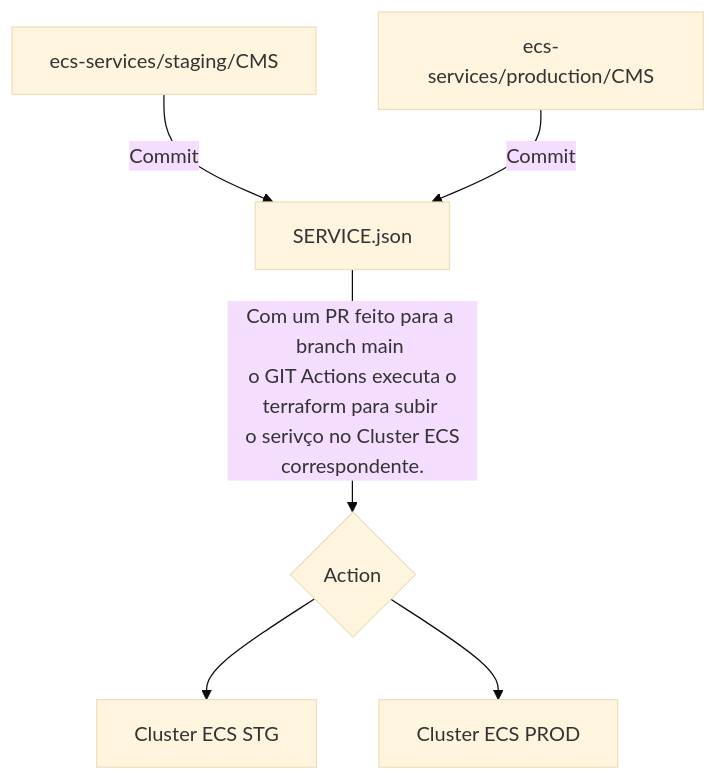
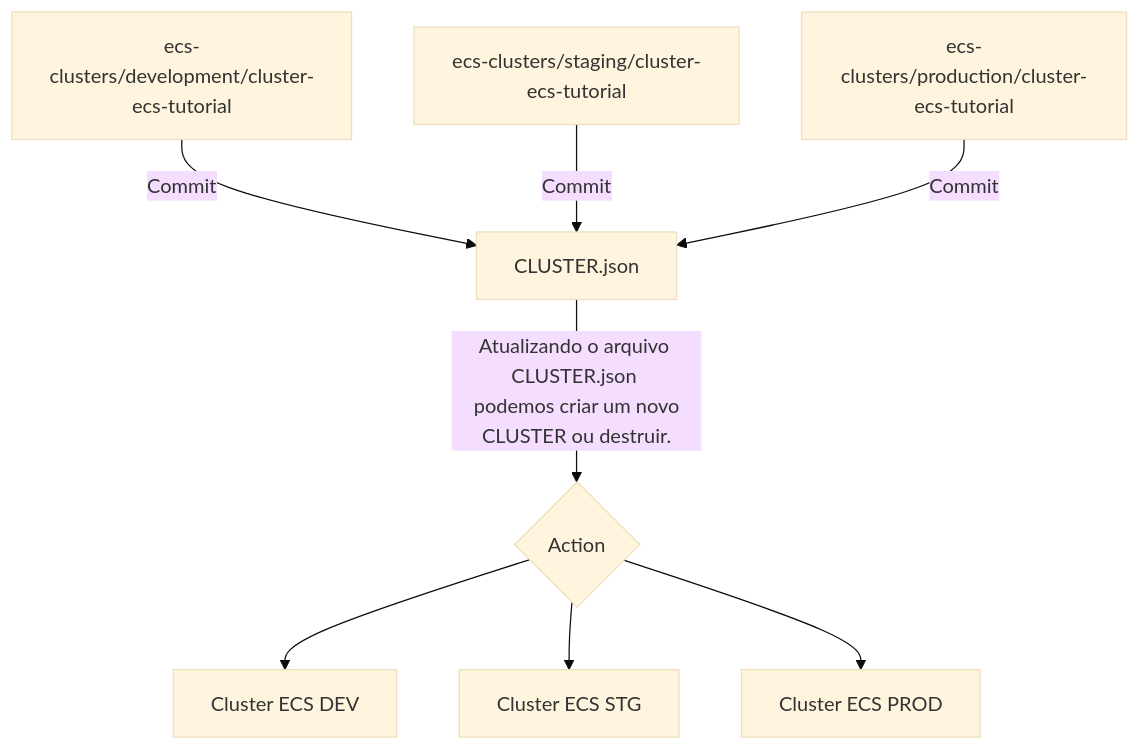
Before and after one commit to ElananRodrigues/dataops: the diagram in docs/index.md, drawn with Mermaid (base theme). The commit also changed other lines of this file and 2 other files, not shown here.

Commit message:
Criando novo serviço: cluster-ecs-tutorial

````diff
--- a/docs/index.md
+++ b/docs/index.md
@@ -3,8 +3,10 @@
 ```mermaid
 flowchart TD;
-    A1[ecs-services/staging/CMS] -->|Commit| B;
-    A2[ecs-services/production/CMS] -->|Commit| B;
-    B[SERVICE.json] -->|Com um PR feito para a branch main <br> o GIT Actions executa o terraform para subir <br> o serivço no Cluster ECS correspondente.| C{Action}
-    C --> D[Cluster ECS STG];
+    A1[ecs-clusters/development/cluster-ecs-tutorial] -->|Commit| B;
+    A2[ecs-clusters/staging/cluster-ecs-tutorial] -->|Commit| B;
+    A3[ecs-clusters/production/cluster-ecs-tutorial] -->|Commit| B;
+    B[CLUSTER.json] -->|Atualizando o arquivo CLUSTER.json <br> podemos criar um novo CLUSTER ou destruir.| C{Action}
+    C --> D[Cluster ECS DEV];
+    C --> E[Cluster ECS STG];
     C --> F[Cluster ECS PROD];
 ```
````
